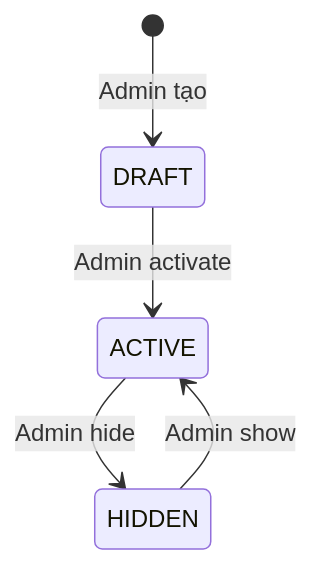
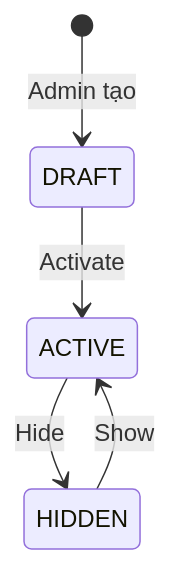
One commit to quangdung2110/e-commerce-microservices changed the diagram in docs/product/domain.md. Above: the diagram before and after it, drawn with Mermaid. The commit also changed other lines of this file and 8 other files, not shown here.

````diff
--- a/docs/product/domain.md
+++ b/docs/product/domain.md
@@ -65,7 +68,7 @@
 ```mermaid
 stateDiagram-v2
     [*] --> DRAFT : Admin tạo
-    DRAFT --> ACTIVE : Admin activate
-    ACTIVE --> HIDDEN : Admin hide
-    HIDDEN --> ACTIVE : Admin show
+    DRAFT --> ACTIVE : Activate
+    ACTIVE --> HIDDEN : Hide
+    HIDDEN --> ACTIVE : Show
 ```
````
